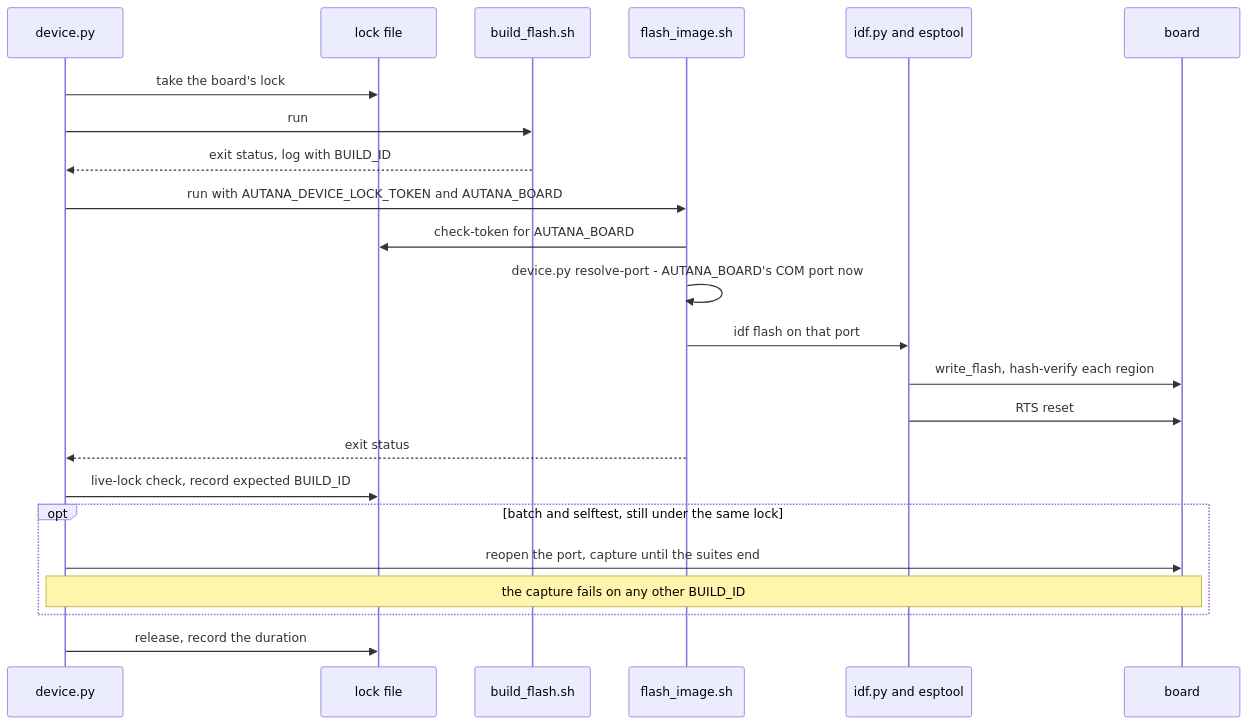
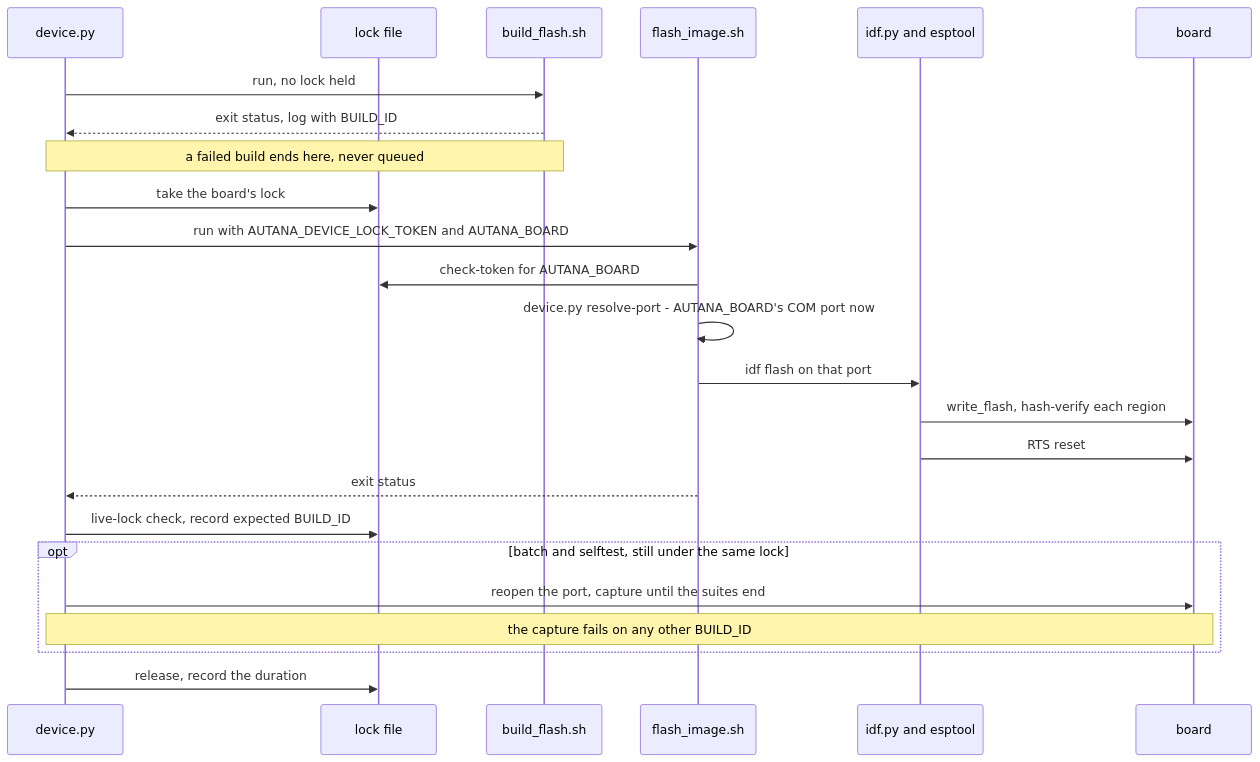
The first of 2 diagrams in docs/tools/Device-Lock.md (jose-villegas/autana), drawn with Mermaid before and after one commit. The commit also changed other lines of this file and 3 other files, not shown here.

````diff
--- a/docs/tools/Device-Lock.md
+++ b/docs/tools/Device-Lock.md
@@ -87,26 +91,27 @@
 ```mermaid
 sequenceDiagram
     participant Dev as device.py
     participant Lock as lock file
     participant Build as build_flash.sh
     participant Sh as flash_image.sh
     participant Idf as idf.py and esptool
     participant Board as board
 
+    Dev->>Build: run, no lock held
+    Build-->>Dev: exit status, log with BUILD_ID
+    Note over Dev,Build: a failed build ends here, never queued
     Dev->>Lock: take the board's lock
-    Dev->>Build: run
-    Build-->>Dev: exit status, log with BUILD_ID
     Dev->>Sh: run with AUTANA_DEVICE_LOCK_TOKEN and AUTANA_BOARD
     Sh->>Lock: check-token for AUTANA_BOARD
     Sh->>Sh: device.py resolve-port - AUTANA_BOARD's COM port now
     Sh->>Idf: idf flash on that port
     Idf->>Board: write_flash, hash-verify each region
     Idf->>Board: RTS reset
     Sh-->>Dev: exit status
     Dev->>Lock: live-lock check, record expected BUILD_ID
     opt batch and selftest, still under the same lock
         Dev->>Board: reopen the port, capture until the suites end
         Note over Dev,Board: the capture fails on any other BUILD_ID
     end
     Dev->>Lock: release, record the duration
 ```
````
